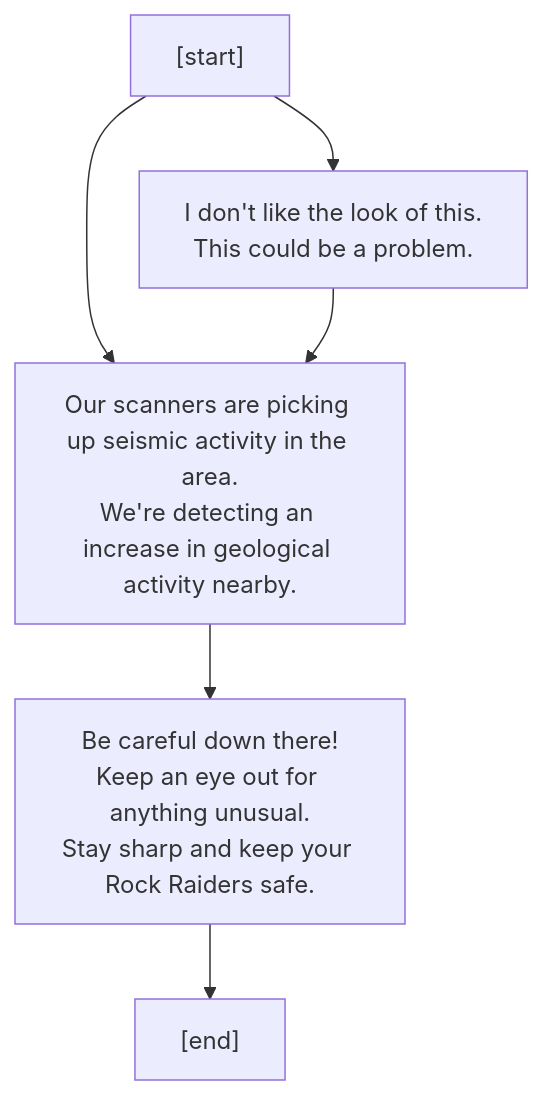
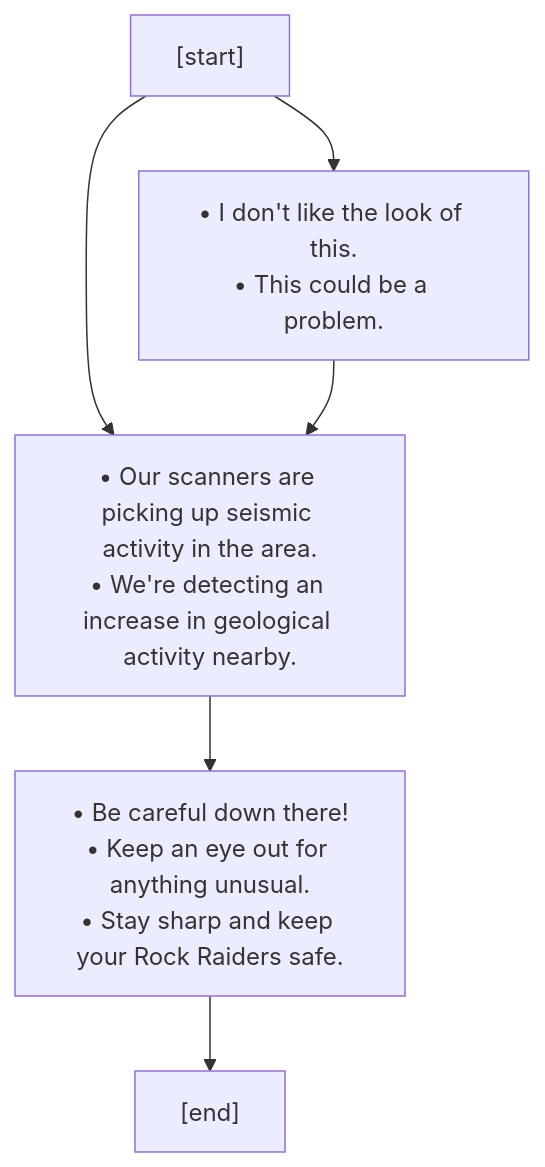
One commit to charredUtensil/groundhog changed the first of 2 diagrams in src/core/lore/graphs/seismic.md. Above: the diagram before and after it, drawn with Mermaid. The commit also changed other lines of this file and 7 other files, not shown here.

````diff
--- a/src/core/lore/graphs/seismic.md
+++ b/src/core/lore/graphs/seismic.md
@@ -3,13 +3,13 @@
 ```mermaid
 flowchart TD;
 P0["[start]"]
 P0 --> P1
 P0 --> P2
-P1["I don't like the look of this.<br/>This could be a problem."]
+P1["&bull; I don't like the look of this.<br/>&bull; This could be a problem."]
 P1 --> P2
-P2["Our scanners are picking up seismic activity in the area.<br/>We're detecting an increase in geological activity nearby."]
+P2["&bull; Our scanners are picking up seismic activity in the area.<br/>&bull; We're detecting an increase in geological activity nearby."]
 P2 --> P3
-P3["Be careful down there!<br/>Keep an eye out for anything unusual.<br/>Stay sharp and keep your Rock Raiders safe."]
+P3["&bull; Be careful down there!<br/>&bull; Keep an eye out for anything unusual.<br/>&bull; Stay sharp and keep your Rock Raiders safe."]
 P3 --> P4
 P4["[end]"]
 ```
````
